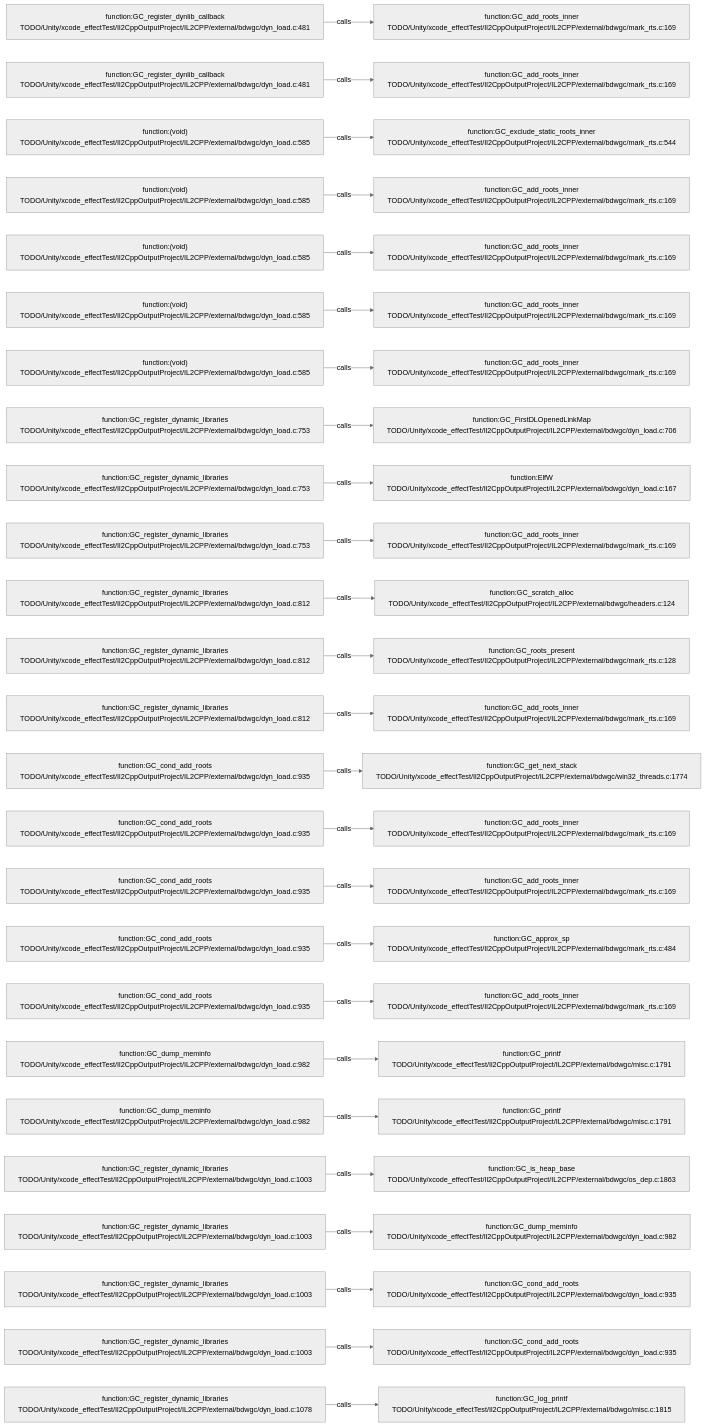
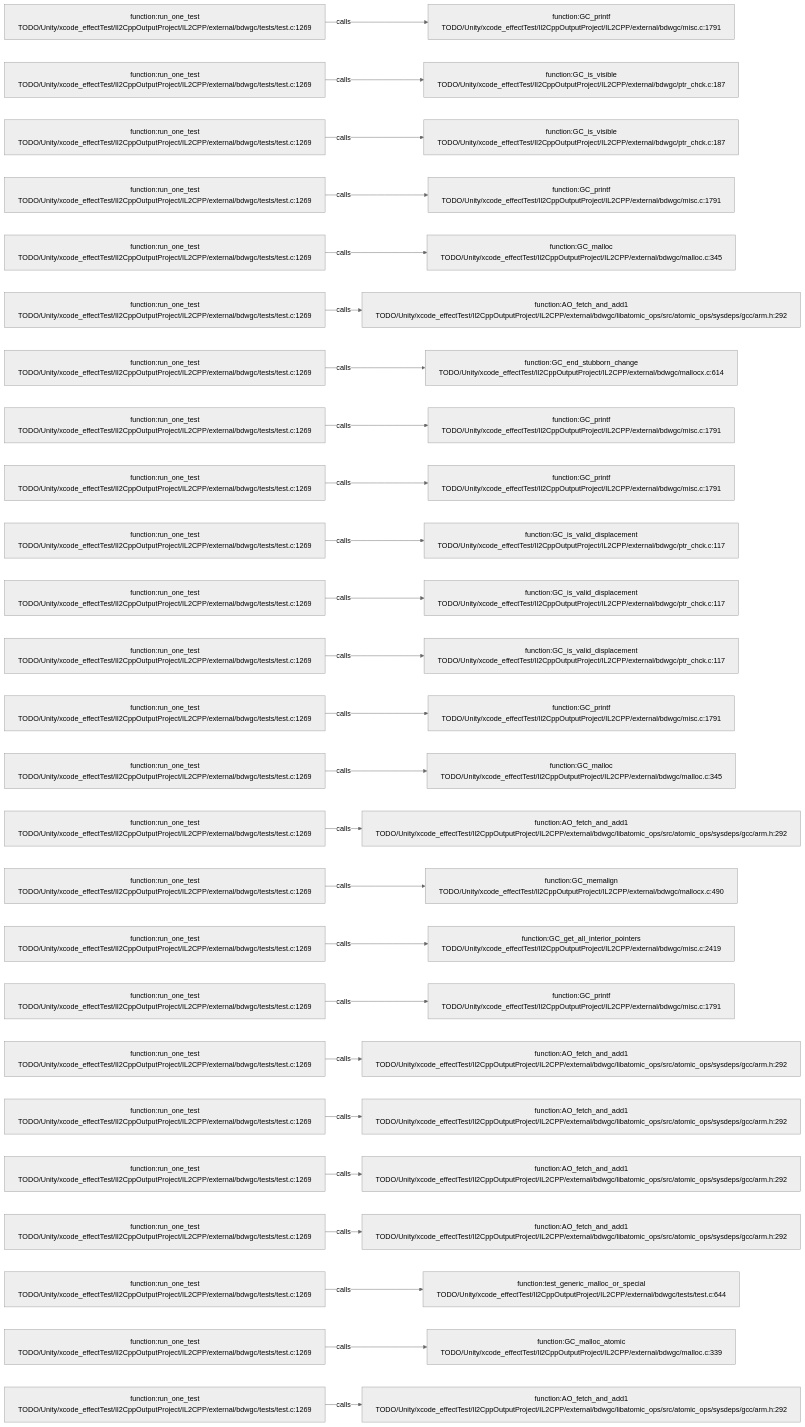
Before and after one commit to JobsKits/JobsSwiftBaseConfigDemo: the diagram in .codegraph/codegraph.md/graphs/calls-171.md, drawn with Mermaid (neutral theme). The commit also changed 227 other files, not shown here.

````diff
--- a/.codegraph/codegraph.md/graphs/calls-171.md
+++ b/.codegraph/codegraph.md/graphs/calls-171.md
@@ -13,78 +13,78 @@
 ```mermaid
 flowchart LR
-  S1["function:GC_register_dynlib_callback<br/>TODO/Unity/xcode_effectTest/Il2CppOutputProject/IL2CPP/external/bdwgc/dyn_load.c:481"]
-  T1["function:GC_add_roots_inner<br/>TODO/Unity/xcode_effectTest/Il2CppOutputProject/IL2CPP/external/bdwgc/mark_rts.c:169"]
+  S1["function:run_one_test<br/>TODO/Unity/xcode_effectTest/Il2CppOutputProject/IL2CPP/external/bdwgc/tests/test.c:1269"]
+  T1["function:GC_printf<br/>TODO/Unity/xcode_effectTest/Il2CppOutputProject/IL2CPP/external/bdwgc/misc.c:1791"]
   S1 -->|calls| T1
-  S2["function:GC_register_dynlib_callback<br/>TODO/Unity/xcode_effectTest/Il2CppOutputProject/IL2CPP/external/bdwgc/dyn_load.c:481"]
-  T2["function:GC_add_roots_inner<br/>TODO/Unity/xcode_effectTest/Il2CppOutputProject/IL2CPP/external/bdwgc/mark_rts.c:169"]
+  S2["function:run_one_test<br/>TODO/Unity/xcode_effectTest/Il2CppOutputProject/IL2CPP/external/bdwgc/tests/test.c:1269"]
+  T2["function:GC_is_visible<br/>TODO/Unity/xcode_effectTest/Il2CppOutputProject/IL2CPP/external/bdwgc/ptr_chck.c:187"]
   S2 -->|calls| T2
-  S3["function:(void)<br/>TODO/Unity/xcode_effectTest/Il2CppOutputProject/IL2CPP/external/bdwgc/dyn_load.c:585"]
-  T3["function:GC_exclude_static_roots_inner<br/>TODO/Unity/xcode_effectTest/Il2CppOutputProject/IL2CPP/external/bdwgc/mark_rts.c:544"]
+  S3["function:run_one_test<br/>TODO/Unity/xcode_effectTest/Il2CppOutputProject/IL2CPP/external/bdwgc/tests/test.c:1269"]
+  T3["function:GC_is_visible<br/>TODO/Unity/xcode_effectTest/Il2CppOutputProject/IL2CPP/external/bdwgc/ptr_chck.c:187"]
   S3 -->|calls| T3
-  S4["function:(void)<br/>TODO/Unity/xcode_effectTest/Il2CppOutputProject/IL2CPP/external/bdwgc/dyn_load.c:585"]
-  T4["function:GC_add_roots_inner<br/>TODO/Unity/xcode_effectTest/Il2CppOutputProject/IL2CPP/external/bdwgc/mark_rts.c:169"]
+  S4["function:run_one_test<br/>TODO/Unity/xcode_effectTest/Il2CppOutputProject/IL2CPP/external/bdwgc/tests/test.c:1269"]
+  T4["function:GC_printf<br/>TODO/Unity/xcode_effectTest/Il2CppOutputProject/IL2CPP/external/bdwgc/misc.c:1791"]
   S4 -->|calls| T4
-  S5["function:(void)<br/>TODO/Unity/xcode_effectTest/Il2CppOutputProject/IL2CPP/external/bdwgc/dyn_load.c:585"]
-  T5["function:GC_add_roots_inner<br/>TODO/Unity/xcode_effectTest/Il2CppOutputProject/IL2CPP/external/bdwgc/mark_rts.c:169"]
+  S5["function:run_one_test<br/>TODO/Unity/xcode_effectTest/Il2CppOutputProject/IL2CPP/external/bdwgc/tests/test.c:1269"]
+  T5["function:GC_malloc<br/>TODO/Unity/xcode_effectTest/Il2CppOutputProject/IL2CPP/external/bdwgc/malloc.c:345"]
   S5 -->|calls| T5
-  S6["function:(void)<br/>TODO/Unity/xcode_effectTest/Il2CppOutputProject/IL2CPP/external/bdwgc/dyn_load.c:585"]
-  T6["function:GC_add_roots_inner<br/>TODO/Unity/xcode_effectTest/Il2CppOutputProject/IL2CPP/external/bdwgc/mark_rts.c:169"]
+  S6["function:run_one_test<br/>TODO/Unity/xcode_effectTest/Il2CppOutputProject/IL2CPP/external/bdwgc/tests/test.c:1269"]
+  T6["function:AO_fetch_and_add1<br/>TODO/Unity/xcode_effectTest/Il2CppOutputProject/IL2CPP/external/bdwgc/libatomic_ops/src/atomic_ops/sysdeps/gcc/arm.h:292"]
   S6 -->|calls| T6
-  S7["function:(void)<br/>TODO/Unity/xcode_effectTest/Il2CppOutputProject/IL2CPP/external/bdwgc/dyn_load.c:585"]
-  T7["function:GC_add_roots_inner<br/>TODO/Unity/xcode_effectTest/Il2CppOutputProject/IL2CPP/external/bdwgc/mark_rts.c:169"]
+  S7["function:run_one_test<br/>TODO/Unity/xcode_effectTest/Il2CppOutputProject/IL2CPP/external/bdwgc/tests/test.c:1269"]
+  T7["function:GC_end_stubborn_change<br/>TODO/Unity/xcode_effectTest/Il2CppOutputProject/IL2CPP/external/bdwgc/mallocx.c:614"]
   S7 -->|calls| T7
-  S8["function:GC_register_dynamic_libraries<br/>TODO/Unity/xcode_effectTest/Il2CppOutputProject/IL2CPP/external/bdwgc/dyn_load.c:753"]
-  T8["function:GC_FirstDLOpenedLinkMap<br/>TODO/Unity/xcode_effectTest/Il2CppOutputProject/IL2CPP/external/bdwgc/dyn_load.c:706"]
+  S8["function:run_one_test<br/>TODO/Unity/xcode_effectTest/Il2CppOutputProject/IL2CPP/external/bdwgc/tests/test.c:1269"]
+  T8["function:GC_printf<br/>TODO/Unity/xcode_effectTest/Il2CppOutputProject/IL2CPP/external/bdwgc/misc.c:1791"]
   S8 -->|calls| T8
-  S9["function:GC_register_dynamic_libraries<br/>TODO/Unity/xcode_effectTest/Il2CppOutputProject/IL2CPP/external/bdwgc/dyn_load.c:753"]
-  T9["function:ElfW<br/>TODO/Unity/xcode_effectTest/Il2CppOutputProject/IL2CPP/external/bdwgc/dyn_load.c:167"]
+  S9["function:run_one_test<br/>TODO/Unity/xcode_effectTest/Il2CppOutputProject/IL2CPP/external/bdwgc/tests/test.c:1269"]
+  T9["function:GC_printf<br/>TODO/Unity/xcode_effectTest/Il2CppOutputProject/IL2CPP/external/bdwgc/misc.c:1791"]
   S9 -->|calls| T9
-  S10["function:GC_register_dynamic_libraries<br/>TODO/Unity/xcode_effectTest/Il2CppOutputProject/IL2CPP/external/bdwgc/dyn_load.c:753"]
-  T10["function:GC_add_roots_inner<br/>TODO/Unity/xcode_effectTest/Il2CppOutputProject/IL2CPP/external/bdwgc/mark_rts.c:169"]
+  S10["function:run_one_test<br/>TODO/Unity/xcode_effectTest/Il2CppOutputProject/IL2CPP/external/bdwgc/tests/test.c:1269"]
+  T10["function:GC_is_valid_displacement<br/>TODO/Unity/xcode_effectTest/Il2CppOutputProject/IL2CPP/external/bdwgc/ptr_chck.c:117"]
   S10 -->|calls| T10
-  S11["function:GC_register_dynamic_libraries<br/>TODO/Unity/xcode_effectTest/Il2CppOutputProject/IL2CPP/external/bdwgc/dyn_load.c:812"]
-  T11["function:GC_scratch_alloc<br/>TODO/Unity/xcode_effectTest/Il2CppOutputProject/IL2CPP/external/bdwgc/headers.c:124"]
+  S11["function:run_one_test<br/>TODO/Unity/xcode_effectTest/Il2CppOutputProject/IL2CPP/external/bdwgc/tests/test.c:1269"]
+  T11["function:GC_is_valid_displacement<br/>TODO/Unity/xcode_effectTest/Il2CppOutputProject/IL2CPP/external/bdwgc/ptr_chck.c:117"]
   S11 -->|calls| T11
-  S12["function:GC_register_dynamic_libraries<br/>TODO/Unity/xcode_effectTest/Il2CppOutputProject/IL2CPP/external/bdwgc/dyn_load.c:812"]
-  T12["function:GC_roots_present<br/>TODO/Unity/xcode_effectTest/Il2CppOutputProject/IL2CPP/external/bdwgc/mark_rts.c:128"]
+  S12["function:run_one_test<br/>TODO/Unity/xcode_effectTest/Il2CppOutputProject/IL2CPP/external/bdwgc/tests/test.c:1269"]
+  T12["function:GC_is_valid_displacement<br/>TODO/Unity/xcode_effectTest/Il2CppOutputProject/IL2CPP/external/bdwgc/ptr_chck.c:117"]
   S12 -->|calls| T12
-  S13["function:GC_register_dynamic_libraries<br/>TODO/Unity/xcode_effectTest/Il2CppOutputProject/IL2CPP/external/bdwgc/dyn_load.c:812"]
-  T13["function:GC_add_roots_inner<br/>TODO/Unity/xcode_effectTest/Il2CppOutputProject/IL2CPP/external/bdwgc/mark_rts.c:169"]
+  S13["function:run_one_test<br/>TODO/Unity/xcode_effectTest/Il2CppOutputProject/IL2CPP/external/bdwgc/tests/test.c:1269"]
+  T13["function:GC_printf<br/>TODO/Unity/xcode_effectTest/Il2CppOutputProject/IL2CPP/external/bdwgc/misc.c:1791"]
   S13 -->|calls| T13
-  S14["function:GC_cond_add_roots<br/>TODO/Unity/xcode_effectTest/Il2CppOutputProject/IL2CPP/external/bdwgc/dyn_load.c:935"]
-  T14["function:GC_get_next_stack<br/>TODO/Unity/xcode_effectTest/Il2CppOutputProject/IL2CPP/external/bdwgc/win32_threads.c:1774"]
+  S14["function:run_one_test<br/>TODO/Unity/xcode_effectTest/Il2CppOutputProject/IL2CPP/external/bdwgc/tests/test.c:1269"]
+  T14["function:GC_malloc<br/>TODO/Unity/xcode_effectTest/Il2CppOutputProject/IL2CPP/external/bdwgc/malloc.c:345"]
   S14 -->|calls| T14
-  S15["function:GC_cond_add_roots<br/>TODO/Unity/xcode_effectTest/Il2CppOutputProject/IL2CPP/external/bdwgc/dyn_load.c:935"]
-  T15["function:GC_add_roots_inner<br/>TODO/Unity/xcode_effectTest/Il2CppOutputProject/IL2CPP/external/bdwgc/mark_rts.c:169"]
+  S15["function:run_one_test<br/>TODO/Unity/xcode_effectTest/Il2CppOutputProject/IL2CPP/external/bdwgc/tests/test.c:1269"]
+  T15["function:AO_fetch_and_add1<br/>TODO/Unity/xcode_effectTest/Il2CppOutputProject/IL2CPP/external/bdwgc/libatomic_ops/src/atomic_ops/sysdeps/gcc/arm.h:292"]
   S15 -->|calls| T15
-  S16["function:GC_cond_add_roots<br/>TODO/Unity/xcode_effectTest/Il2CppOutputProject/IL2CPP/external/bdwgc/dyn_load.c:935"]
-  T16["function:GC_add_roots_inner<br/>TODO/Unity/xcode_effectTest/Il2CppOutputProject/IL2CPP/external/bdwgc/mark_rts.c:169"]
+  S16["function:run_one_test<br/>TODO/Unity/xcode_effectTest/Il2CppOutputProject/IL2CPP/external/bdwgc/tests/test.c:1269"]
+  T16["function:GC_memalign<br/>TODO/Unity/xcode_effectTest/Il2CppOutputProject/IL2CPP/external/bdwgc/mallocx.c:490"]
   S16 -->|calls| T16
-  S17["function:GC_cond_add_roots<br/>TODO/Unity/xcode_effectTest/Il2CppOutputProject/IL2CPP/external/bdwgc/dyn_load.c:935"]
-  T17["function:GC_approx_sp<br/>TODO/Unity/xcode_effectTest/Il2CppOutputProject/IL2CPP/external/bdwgc/mark_rts.c:484"]
+  S17["function:run_one_test<br/>TODO/Unity/xcode_effectTest/Il2CppOutputProject/IL2CPP/external/bdwgc/tests/test.c:1269"]
+  T17["function:GC_get_all_interior_pointers<br/>TODO/Unity/xcode_effectTest/Il2CppOutputProject/IL2CPP/external/bdwgc/misc.c:2419"]
   S17 -->|calls| T17
-  S18["function:GC_cond_add_roots<br/>TODO/Unity/xcode_effectTest/Il2CppOutputProject/IL2CPP/external/bdwgc/dyn_load.c:935"]
-  T18["function:GC_add_roots_inner<br/>TODO/Unity/xcode_effectTest/Il2CppOutputProject/IL2CPP/external/bdwgc/mark_rts.c:169"]
+  S18["function:run_one_test<br/>TODO/Unity/xcode_effectTest/Il2CppOutputProject/IL2CPP/external/bdwgc/tests/test.c:1269"]
+  T18["function:GC_printf<br/>TODO/Unity/xcode_effectTest/Il2CppOutputProject/IL2CPP/external/bdwgc/misc.c:1791"]
   S18 -->|calls| T18
-  S19["function:GC_dump_meminfo<br/>TODO/Unity/xcode_effectTest/Il2CppOutputProject/IL2CPP/external/bdwgc/dyn_load.c:982"]
-  T19["function:GC_printf<br/>TODO/Unity/xcode_effectTest/Il2CppOutputProject/IL2CPP/external/bdwgc/misc.c:1791"]
+  S19["function:run_one_test<br/>TODO/Unity/xcode_effectTest/Il2CppOutputProject/IL2CPP/external/bdwgc/tests/test.c:1269"]
+  T19["function:AO_fetch_and_add1<br/>TODO/Unity/xcode_effectTest/Il2CppOutputProject/IL2CPP/external/bdwgc/libatomic_ops/src/atomic_ops/sysdeps/gcc/arm.h:292"]
   S19 -->|calls| T19
-  S20["function:GC_dump_meminfo<br/>TODO/Unity/xcode_effectTest/Il2CppOutputProject/IL2CPP/external/bdwgc/dyn_load.c:982"]
-  T20["function:GC_printf<br/>TODO/Unity/xcode_effectTest/Il2CppOutputProject/IL2CPP/external/bdwgc/misc.c:1791"]
+  S20["function:run_one_test<br/>TODO/Unity/xcode_effectTest/Il2CppOutputProject/IL2CPP/external/bdwgc/tests/test.c:1269"]
+  T20["function:AO_fetch_and_add1<br/>TODO/Unity/xcode_effectTest/Il2CppOutputProject/IL2CPP/external/bdwgc/libatomic_ops/src/atomic_ops/sysdeps/gcc/arm.h:292"]
   S20 -->|calls| T20
-  S21["function:GC_register_dynamic_libraries<br/>TODO/Unity/xcode_effectTest/Il2CppOutputProject/IL2CPP/external/bdwgc/dyn_load.c:1003"]
-  T21["function:GC_is_heap_base<br/>TODO/Unity/xcode_effectTest/Il2CppOutputProject/IL2CPP/external/bdwgc/os_dep.c:1863"]
+  S21["function:run_one_test<br/>TODO/Unity/xcode_effectTest/Il2CppOutputProject/IL2CPP/external/bdwgc/tests/test.c:1269"]
+  T21["function:AO_fetch_and_add1<br/>TODO/Unity/xcode_effectTest/Il2CppOutputProject/IL2CPP/external/bdwgc/libatomic_ops/src/atomic_ops/sysdeps/gcc/arm.h:292"]
   S21 -->|calls| T21
-  S22["function:GC_register_dynamic_libraries<br/>TODO/Unity/xcode_effectTest/Il2CppOutputProject/IL2CPP/external/bdwgc/dyn_load.c:1003"]
-  T22["function:GC_dump_meminfo<br/>TODO/Unity/xcode_effectTest/Il2CppOutputProject/IL2CPP/external/bdwgc/dyn_load.c:982"]
+  S22["function:run_one_test<br/>TODO/Unity/xcode_effectTest/Il2CppOutputProject/IL2CPP/external/bdwgc/tests/test.c:1269"]
+  T22["function:AO_fetch_and_add1<br/>TODO/Unity/xcode_effectTest/Il2CppOutputProject/IL2CPP/external/bdwgc/libatomic_ops/src/atomic_ops/sysdeps/gcc/arm.h:292"]
   S22 -->|calls| T22
-  S23["function:GC_register_dynamic_libraries<br/>TODO/Unity/xcode_effectTest/Il2CppOutputProject/IL2CPP/external/bdwgc/dyn_load.c:1003"]
-  T23["function:GC_cond_add_roots<br/>TODO/Unity/xcode_effectTest/Il2CppOutputProject/IL2CPP/external/bdwgc/dyn_load.c:935"]
+  S23["function:run_one_test<br/>TODO/Unity/xcode_effectTest/Il2CppOutputProject/IL2CPP/external/bdwgc/tests/test.c:1269"]
+  T23["function:test_generic_malloc_or_special<br/>TODO/Unity/xcode_effectTest/Il2CppOutputProject/IL2CPP/external/bdwgc/tests/test.c:644"]
   S23 -->|calls| T23
-  S24["function:GC_register_dynamic_libraries<br/>TODO/Unity/xcode_effectTest/Il2CppOutputProject/IL2CPP/external/bdwgc/dyn_load.c:1003"]
-  T24["function:GC_cond_add_roots<br/>TODO/Unity/xcode_effectTest/Il2CppOutputProject/IL2CPP/external/bdwgc/dyn_load.c:935"]
+  S24["function:run_one_test<br/>TODO/Unity/xcode_effectTest/Il2CppOutputProject/IL2CPP/external/bdwgc/tests/test.c:1269"]
+  T24["function:GC_malloc_atomic<br/>TODO/Unity/xcode_effectTest/Il2CppOutputProject/IL2CPP/external/bdwgc/malloc.c:339"]
   S24 -->|calls| T24
-  S25["function:GC_register_dynamic_libraries<br/>TODO/Unity/xcode_effectTest/Il2CppOutputProject/IL2CPP/external/bdwgc/dyn_load.c:1078"]
-  T25["function:GC_log_printf<br/>TODO/Unity/xcode_effectTest/Il2CppOutputProject/IL2CPP/external/bdwgc/misc.c:1815"]
+  S25["function:run_one_test<br/>TODO/Unity/xcode_effectTest/Il2CppOutputProject/IL2CPP/external/bdwgc/tests/test.c:1269"]
+  T25["function:AO_fetch_and_add1<br/>TODO/Unity/xcode_effectTest/Il2CppOutputProject/IL2CPP/external/bdwgc/libatomic_ops/src/atomic_ops/sysdeps/gcc/arm.h:292"]
   S25 -->|calls| T25
 ```
````
